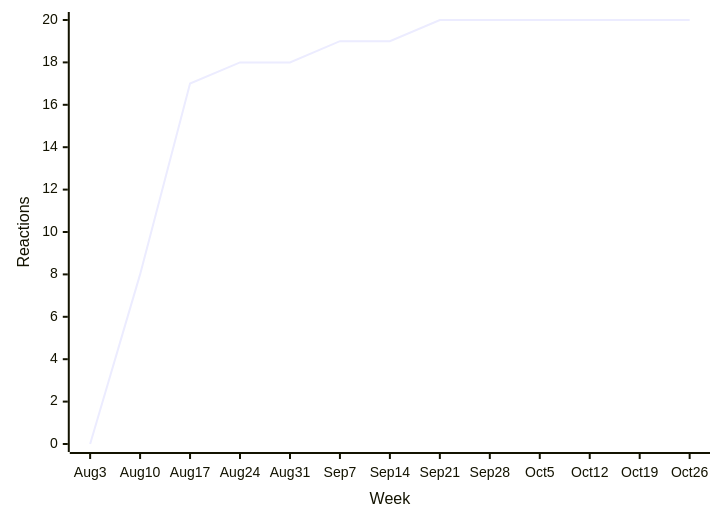
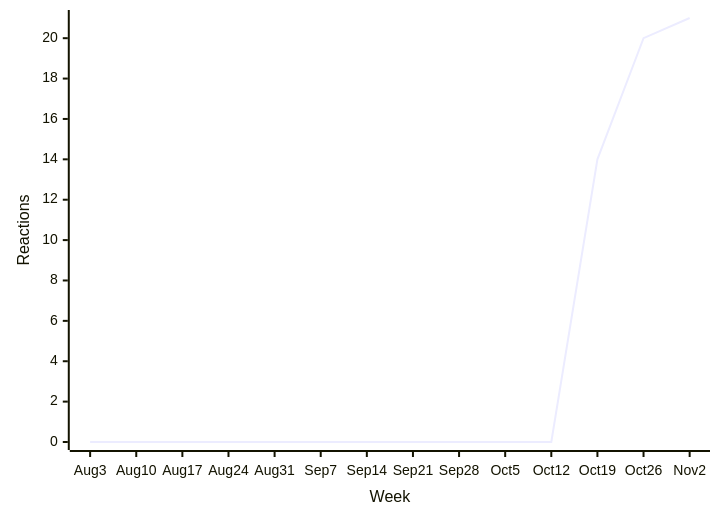
Before and after one commit to loic-sharma/github-insights: the sixth of 38 diagrams in README.md, drawn with Mermaid. The commit also changed other lines of this file and 3 other files, not shown here.

````diff
--- a/README.md
+++ b/README.md
@@ -409,6 +409,6 @@
   ```mermaid
   xychart-beta
-    x-axis "Week" [Aug 3, Aug 10, Aug 17, Aug 24, Aug 31, Sep 7, Sep 14, Sep 21, Sep 28, Oct 5, Oct 12, Oct 19, Oct 26]
-    y-axis "Reactions" 0 --> 20
-    line [0, 8, 17, 18, 18, 19, 19, 20, 20, 20, 20, 20, 20]
+    x-axis "Week" [Aug 3, Aug 10, Aug 17, Aug 24, Aug 31, Sep 7, Sep 14, Sep 21, Sep 28, Oct 5, Oct 12, Oct 19, Oct 26, Nov 2]
+    y-axis "Reactions"
+    line [0, 0, 0, 0, 0, 0, 0, 0, 0, 0, 0, 14, 20, 21]
   ```
````
